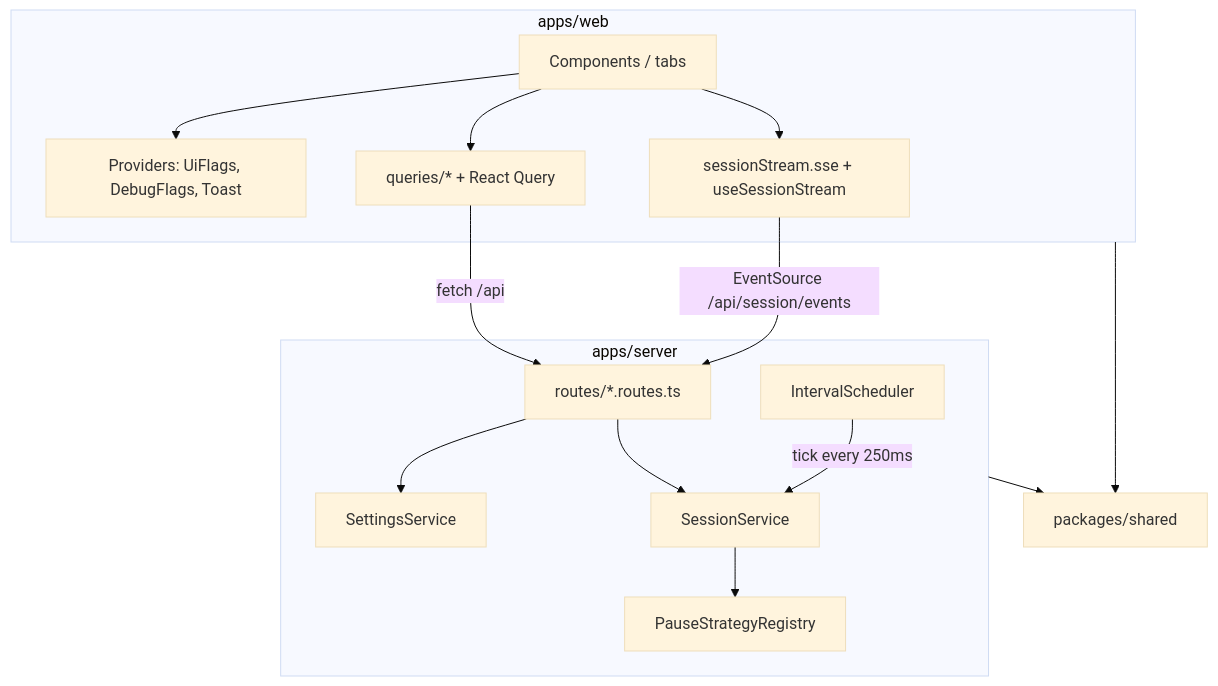
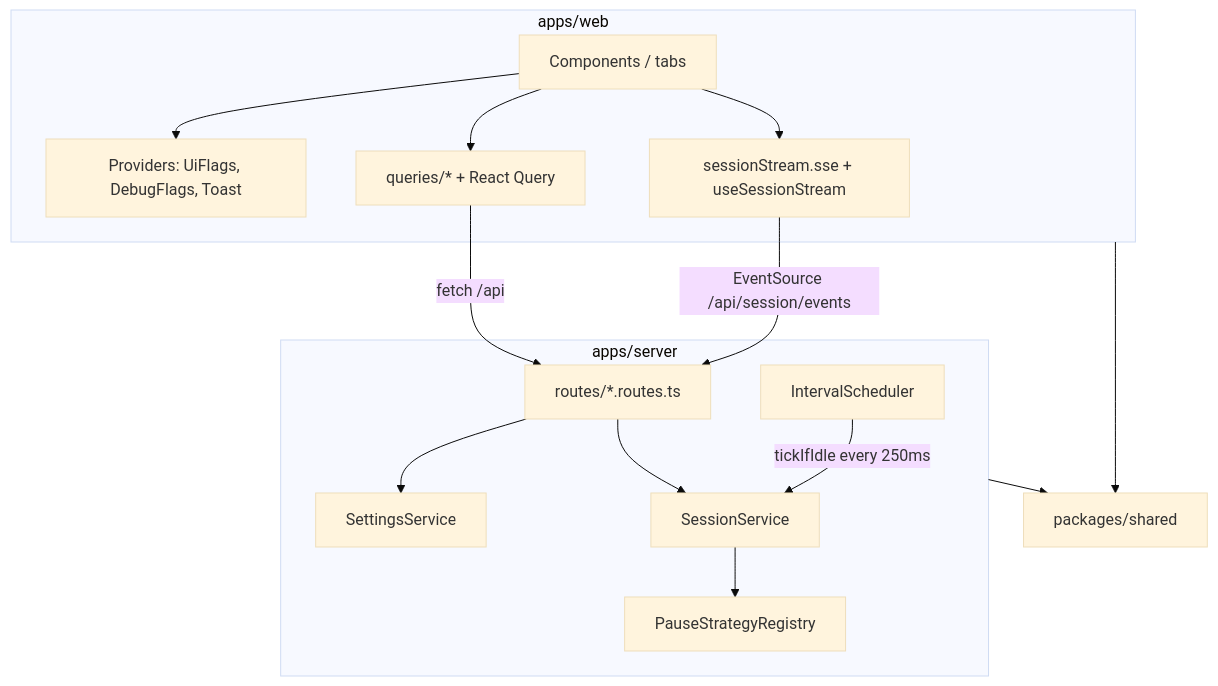
Before and after one commit to DKLokeswaran/flexi-pomodoro: the first of 2 diagrams in docs/architecture.md, drawn with Mermaid (base theme). The commit also changed other lines of this file and 16 other files, not shown here.

First line of the commit message:
Serialize session ticks and commands with AsyncMutex; scheduler uses tickIfIdle.

````diff
--- a/docs/architecture.md
+++ b/docs/architecture.md
@@ -19,30 +19,30 @@
 ```mermaid
 flowchart TB
   subgraph web ["apps/web"]
     UI["Components / tabs"]
     Prov["Providers: UiFlags, DebugFlags, Toast"]
     Q["queries/* + React Query"]
     SSE["sessionStream.sse + useSessionStream"]
     UI --> Prov
     UI --> Q
     UI --> SSE
   end
 
   subgraph server ["apps/server"]
     Routes["routes/*.routes.ts"]
     SettSvc["SettingsService"]
     SessSvc["SessionService"]
     Pause["PauseStrategyRegistry"]
     Sched["IntervalScheduler"]
     Routes --> SettSvc
     Routes --> SessSvc
     SessSvc --> Pause
-    Sched -->|"tick every 250ms"| SessSvc
+    Sched -->|"tickIfIdle every 250ms"| SessSvc
   end
 
   Shared["packages/shared"]
   web --> Shared
   server --> Shared
   Q -->|"fetch /api"| Routes
   SSE -->|"EventSource /api/session/events"| Routes
 ```
````
